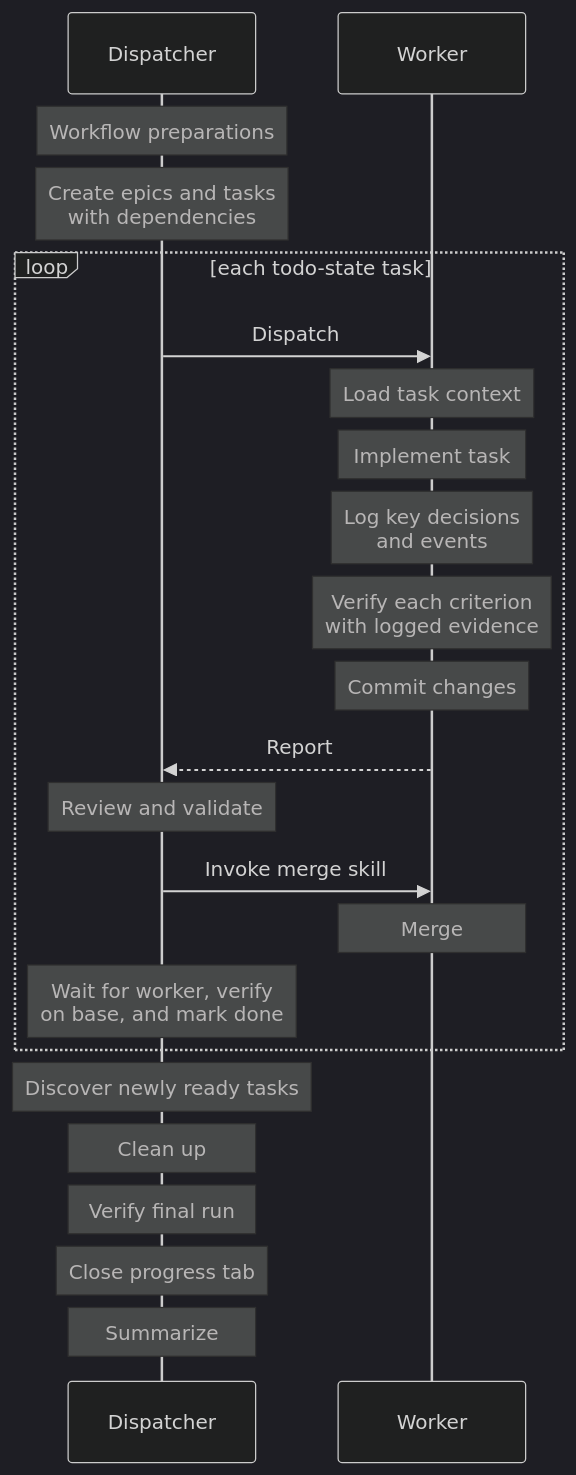
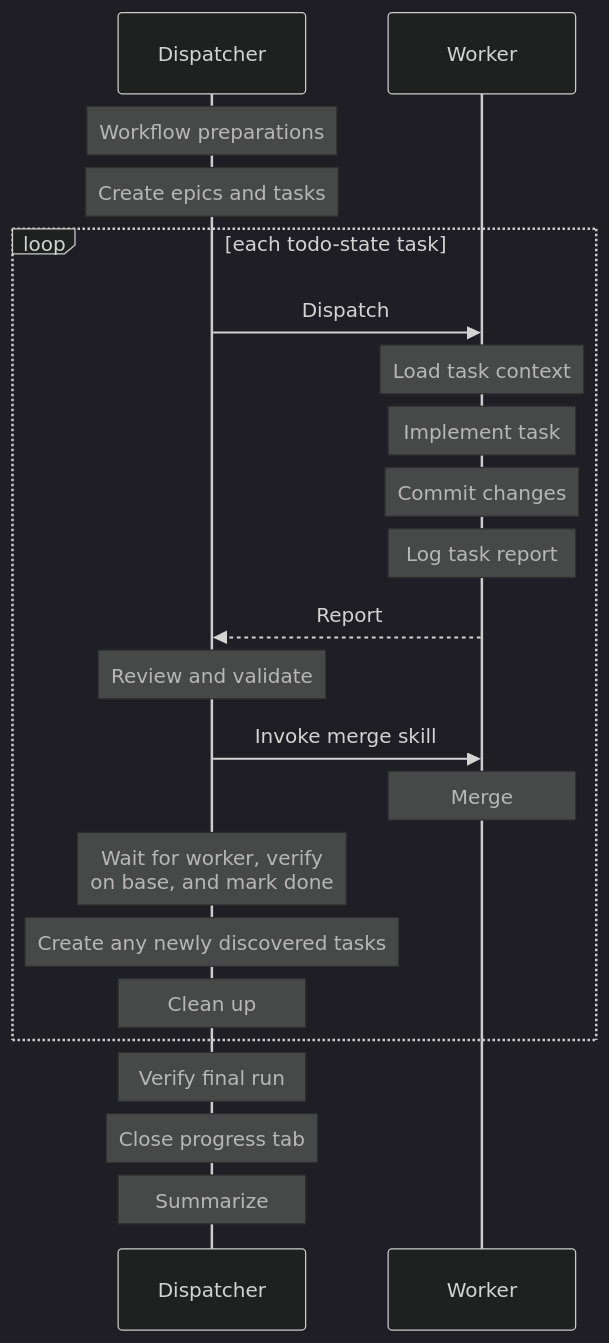
The diagram in agents/SKILL.md (kenbanks-peng/skills), drawn with Mermaid (dark theme) before and after one commit.

````diff
--- a/agents/SKILL.md
+++ b/agents/SKILL.md
@@ -10,26 +10,25 @@
 ```mermaid
 sequenceDiagram
     participant Dispatcher
     participant Worker
 
     Note over Dispatcher: Workflow preparations
-    Note over Dispatcher: Create epics and tasks<br/> with dependencies
+    Note over Dispatcher: Create epics and tasks
     loop each todo-state task
         Dispatcher->>Worker: Dispatch
         Note over Worker: Load task context
         Note over Worker: Implement task
-        Note over Worker: Log key decisions<br/>and events
-        Note over Worker: Verify each criterion<br/>with logged evidence
         Note over Worker: Commit changes
+        Note over Worker: Log task report
         Worker-->>Dispatcher: Report
         Note over Dispatcher: Review and validate
         Dispatcher->>Worker: Invoke merge skill
         Note over Worker: Merge
         Note over Dispatcher: Wait for worker, verify<br>on base, and mark done
+        Note over Dispatcher: Create any newly discovered tasks
+        Note over Dispatcher: Clean up
     end
-    Note over Dispatcher: Discover newly ready tasks
-    Note over Dispatcher: Clean up
     Note over Dispatcher: Verify final run
     Note over Dispatcher: Close progress tab
     Note over Dispatcher: Summarize
 ```
````
